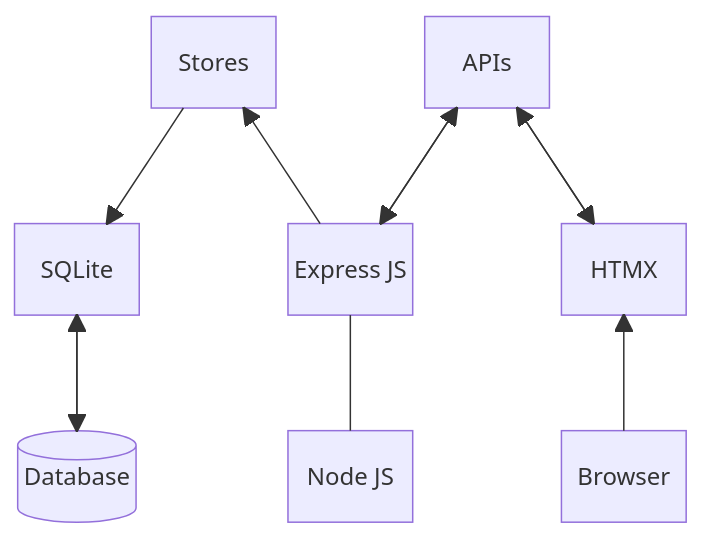
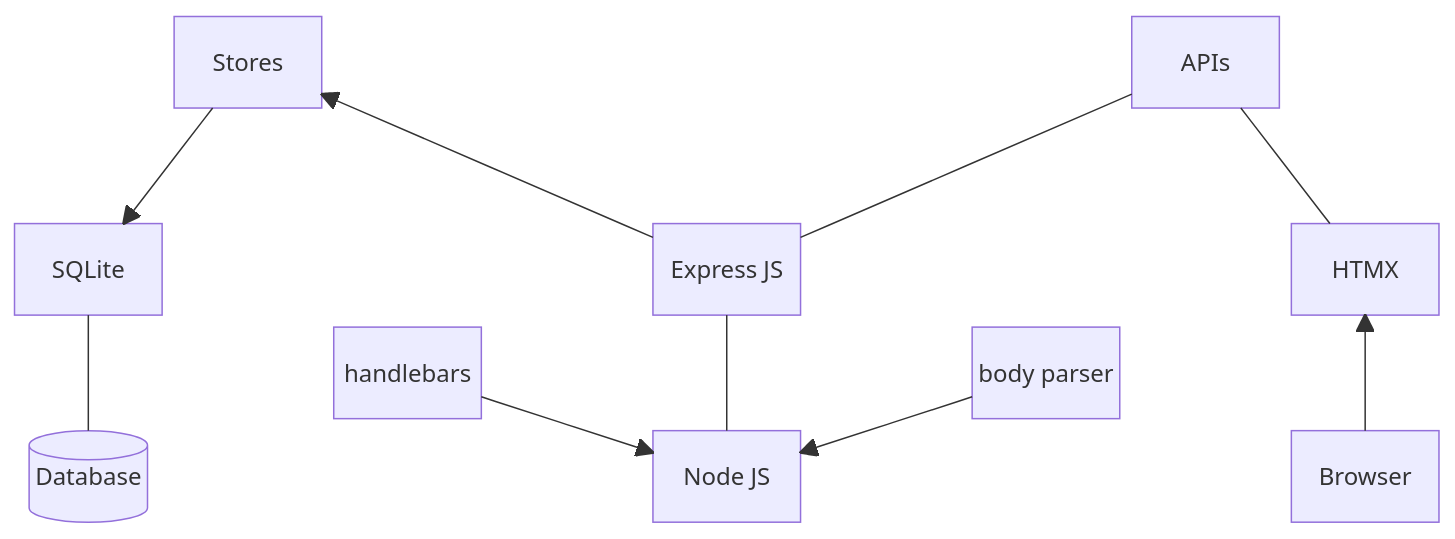
One commit to TracyGJG/htmx-sqlite-todo changed the diagram in README.md. Above: the diagram before and after it, drawn with Mermaid.

Commit message:
Update README.md
Enhanced diagram

````diff
--- a/README.md
+++ b/README.md
@@ -30,37 +30,56 @@
 ```mermaid
 block-beta
-    columns 5
+    columns 9
 
     space
     St["Stores"]
     space
+    space
+    space
+    space
+    space
     A["APIs"]
     space
 
-    space:5
+    space:9
 
     Sq["SQLite"]
     space
+    space
+    space
     Ex["Express JS"]
+    space
+    space
     space
     H["HTMX"]
 
-    space:5
+    space
+    space
+    Hbs["handlebars"]
+    space
+    space
+    space
+    BP["body parser"]
+    space
+    space
 
     db[("Database")]
     space
+    space
+    space
     N["Node JS"]
+    space
+    space
     space
     B["Browser"]
 
-    Sq --> db
-    db --> Sq
+    Sq --- db
     St --> Sq
     Ex --> St
+    Hbs --> N
     N --- Ex
-    Ex --> A
-    A --> Ex
-    A --> H
-    H --> A
+    BP --> N
+    Ex --- A
+    A --- H
     B --> H
 ```
````
